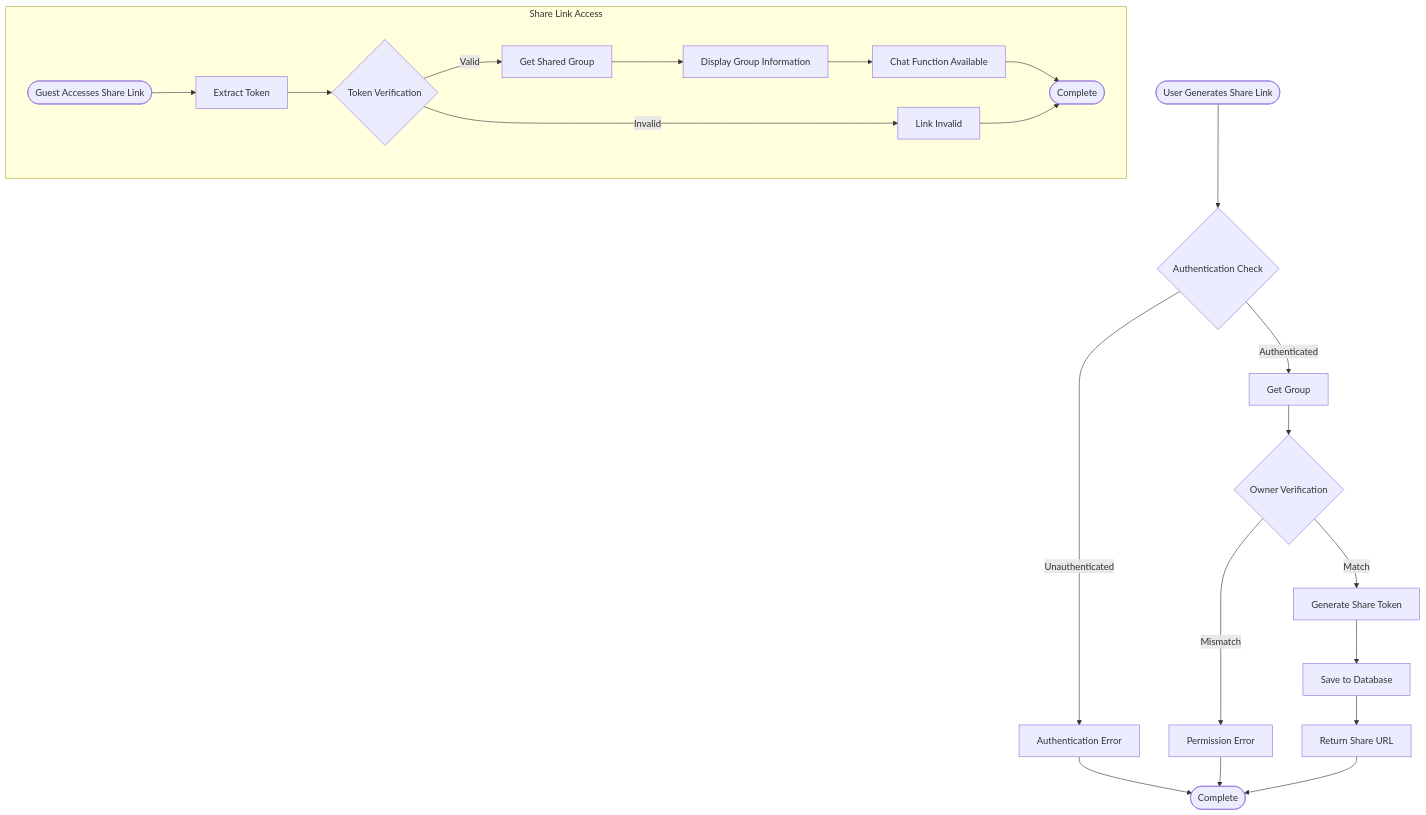
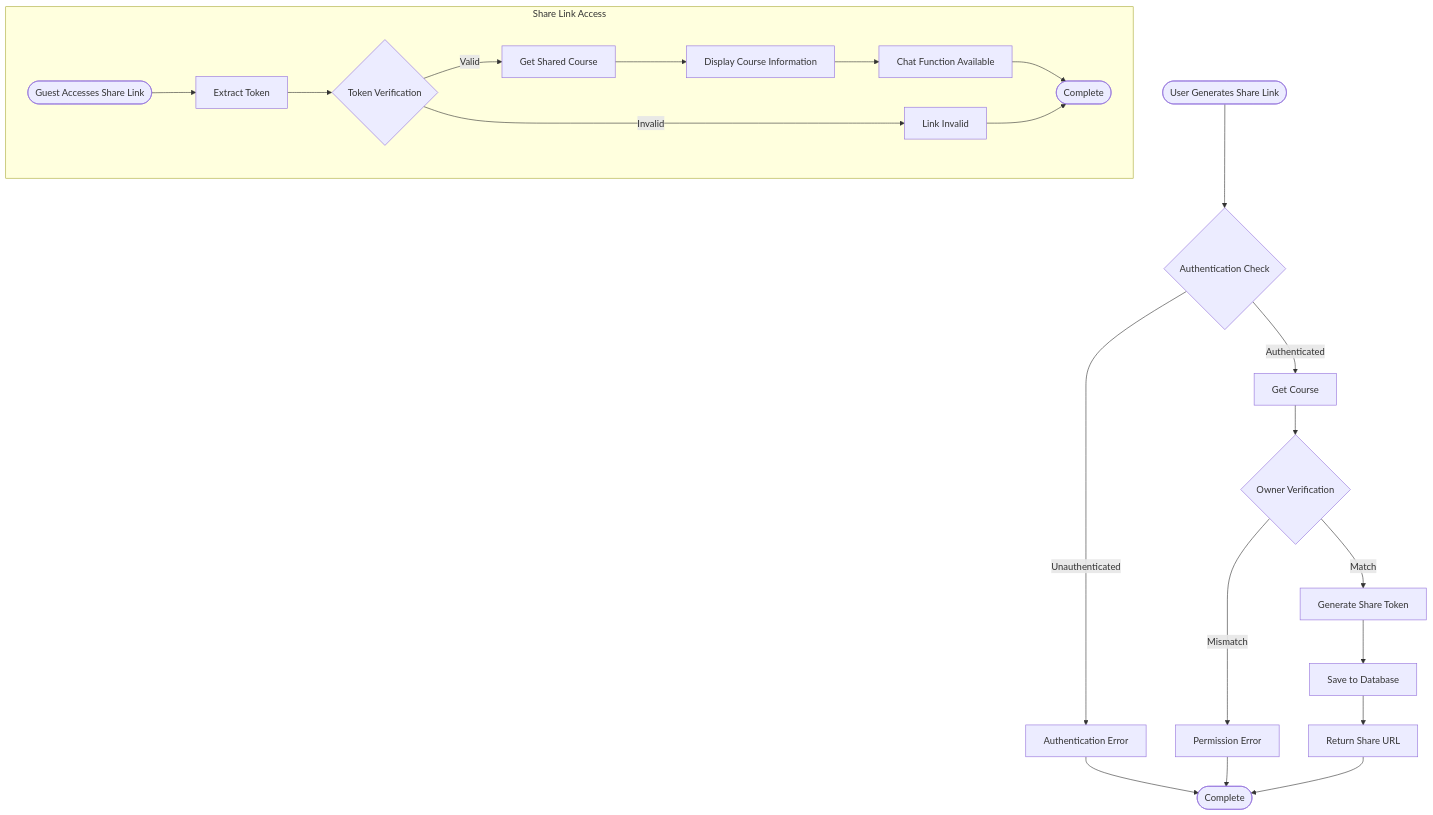
Before and after one commit to yukiharada1228/videoq: the fourth of 8 diagrams in docs/requirements/activity-diagram.md, drawn with Mermaid. The commit also changed other lines of this file and 140 other files, not shown here.

````diff
--- a/docs/requirements/activity-diagram.md
+++ b/docs/requirements/activity-diagram.md
@@ -112,26 +112,26 @@
 ```mermaid
 flowchart TD
     Start([User Generates Share Link]) --> CheckAuth{Authentication Check}
     CheckAuth -->|Unauthenticated| Error1[Authentication Error]
-    CheckAuth -->|Authenticated| GetGroup[Get Group]
-    GetGroup --> ValidateOwner{Owner Verification}
+    CheckAuth -->|Authenticated| GetCourse[Get Course]
+    GetCourse --> ValidateOwner{Owner Verification}
     ValidateOwner -->|Mismatch| Error2[Permission Error]
     ValidateOwner -->|Match| GenerateToken[Generate Share Token]
     GenerateToken --> SaveToken[Save to Database]
     SaveToken --> ReturnURL[Return Share URL]
     ReturnURL --> End([Complete])
     
     Error1 --> End
     Error2 --> End
     
     subgraph ShareAccess[Share Link Access]
         Guest([Guest Accesses Share Link]) --> ExtractToken[Extract Token]
         ExtractToken --> ValidateToken{Token Verification}
         ValidateToken -->|Invalid| Error3[Link Invalid]
-        ValidateToken -->|Valid| GetSharedGroup[Get Shared Group]
-        GetSharedGroup --> ShowGroup[Display Group Information]
+        ValidateToken -->|Valid| GetSharedGroup[Get Shared Course]
+        GetSharedGroup --> ShowGroup[Display Course Information]
         ShowGroup --> AllowChat[Chat Function Available]
         AllowChat --> End2([Complete])
         Error3 --> End2
     end
 ```
````
